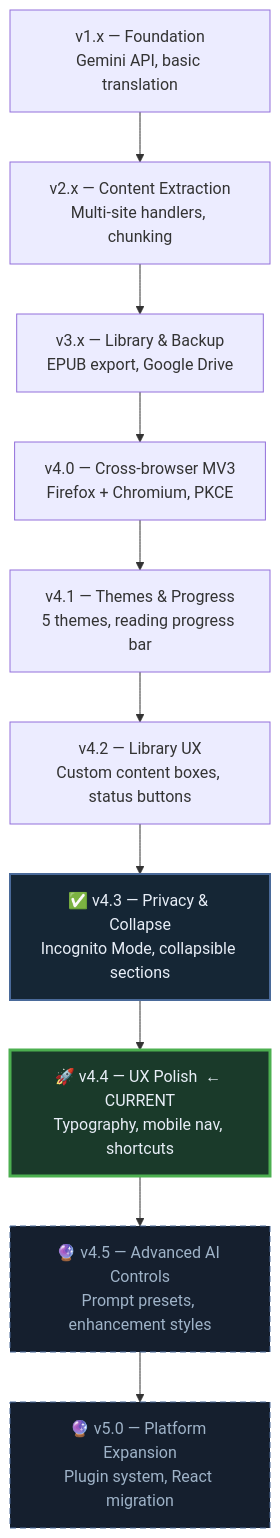
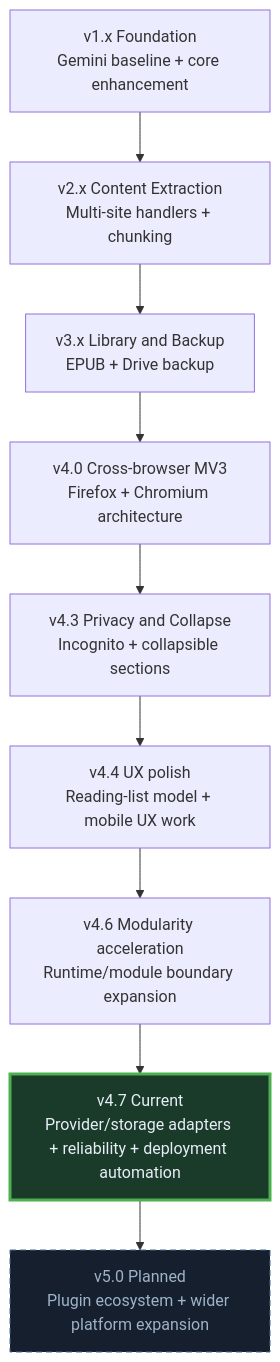
One commit to Life-Experimentalist/RanobeGemini changed the diagram in docs/overview/Roadmap.md. Above: the diagram before and after it, drawn with Mermaid. The commit also changed other lines of this file and 14 other files, not shown here.

First line of the commit message:
docs: formalize roadmap execution prompts and deprecate old TODOs

````diff
--- a/docs/overview/Roadmap.md
+++ b/docs/overview/Roadmap.md
@@ -9,20 +9,17 @@
 ```mermaid
 graph TD
-    v1["v1.x — Foundation\nGemini API, basic translation"]
-    v2["v2.x — Content Extraction\nMulti-site handlers, chunking"]
-    v3["v3.x — Library & Backup\nEPUB export, Google Drive"]
-    v40["v4.0 — Cross-browser MV3\nFirefox + Chromium, PKCE"]
-    v41["v4.1 — Themes & Progress\n5 themes, reading progress bar"]
-    v42["v4.2 — Library UX\nCustom content boxes, status buttons"]
-    v43["✅ v4.3 — Privacy & Collapse\nIncognito Mode, collapsible sections"]
-    v44["🚀 v4.4 — UX Polish  ← CURRENT\nTypography, mobile nav, shortcuts"]
-    v45["🔮 v4.5 — Advanced AI Controls\nPrompt presets, enhancement styles"]
-    v50["🔮 v5.0 — Platform Expansion\nPlugin system, React migration"]
+    v1["v1.x Foundation\nGemini baseline + core enhancement"]
+    v2["v2.x Content Extraction\nMulti-site handlers + chunking"]
+    v3["v3.x Library and Backup\nEPUB + Drive backup"]
+    v40["v4.0 Cross-browser MV3\nFirefox + Chromium architecture"]
+    v43["v4.3 Privacy and Collapse\nIncognito + collapsible sections"]
+    v44["v4.4 UX polish\nReading-list model + mobile UX work"]
+    v46["v4.6 Modularity acceleration\nRuntime/module boundary expansion"]
+    v47["v4.7 Current\nProvider/storage adapters + reliability + deployment automation"]
+    v50["v5.0 Planned\nPlugin ecosystem + wider platform expansion"]
 
-    v1 --> v2 --> v3 --> v40 --> v41 --> v42 --> v43 --> v44 --> v45 --> v50
+    v1 --> v2 --> v3 --> v40 --> v43 --> v44 --> v46 --> v47 --> v50
 
-    style v43 fill:#152635,stroke:#4a6a9a,stroke-width:2px,color:#e8eef7
-    style v44 fill:#1a3a2a,stroke:#4caf50,stroke-width:3px,color:#e8eef7
-    style v45 fill:#151f2e,stroke:#4a6a9a,stroke-dasharray:6 4,color:#9fb3c8
+    style v47 fill:#1a3a2a,stroke:#4caf50,stroke-width:3px,color:#e8eef7
     style v50 fill:#151f2e,stroke:#4a6a9a,stroke-dasharray:6 4,color:#9fb3c8
 ```
````
